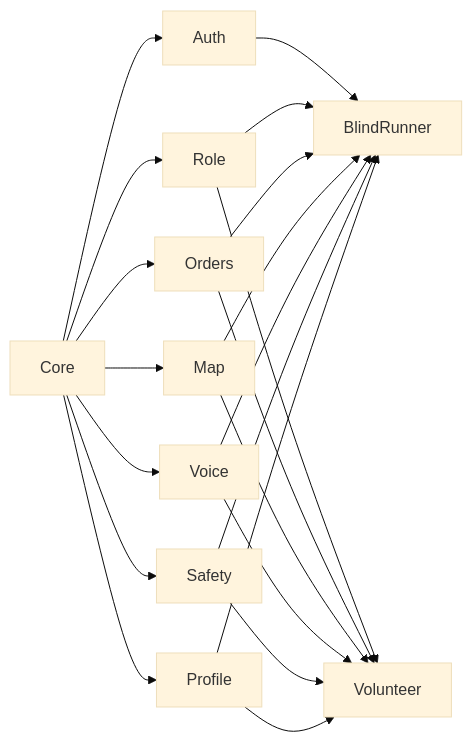
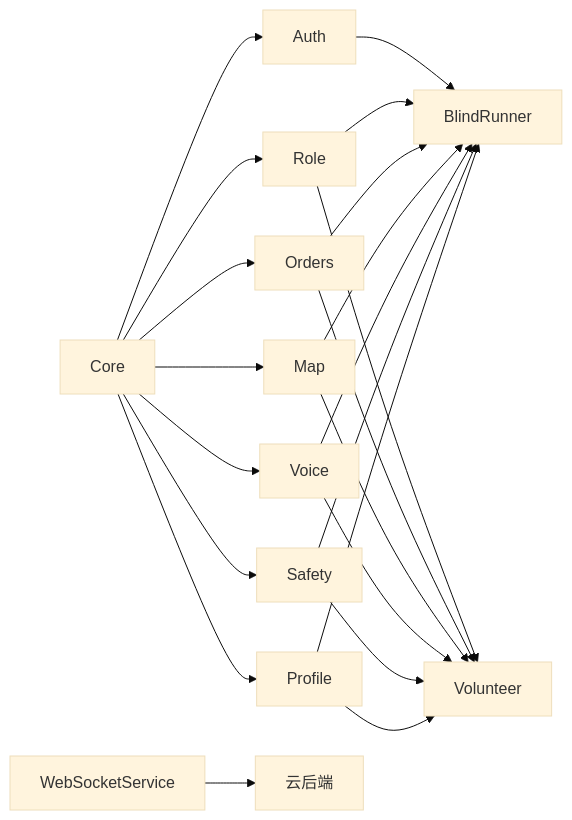
One commit to Jayden23018/blind-run-ios changed the tenth of 10 diagrams in .qoder/repowiki/zh/content/架构设计/架构设计.md. Above: the diagram before and after it, drawn with Mermaid (base theme). The commit also changed other lines of this file and 23 other files, not shown here.

Commit message:
Implement MVP booking and volunteer flow updates

````diff
--- a/.qoder/repowiki/zh/content/架构设计/架构设计.md
+++ b/.qoder/repowiki/zh/content/架构设计/架构设计.md
@@ -441,23 +541,24 @@
 ```mermaid
 graph LR
 Core["Core"] --> Auth["Auth"]
 Core --> Role["Role"]
 Core --> Orders["Orders"]
 Core --> Map["Map"]
 Core --> Voice["Voice"]
 Core --> Safety["Safety"]
 Core --> Profile["Profile"]
 Auth --> BlindRunner["BlindRunner"]
 Role --> BlindRunner
 Role --> Volunteer["Volunteer"]
 Orders --> BlindRunner
 Orders --> Volunteer
 Map --> BlindRunner
 Map --> Volunteer
 Voice --> BlindRunner
 Voice --> Volunteer
 Safety --> BlindRunner
 Safety --> Volunteer
 Profile --> BlindRunner
 Profile --> Volunteer
+WebSocketService["WebSocketService"] --> CloudBackend["云后端"]
 ```
````
